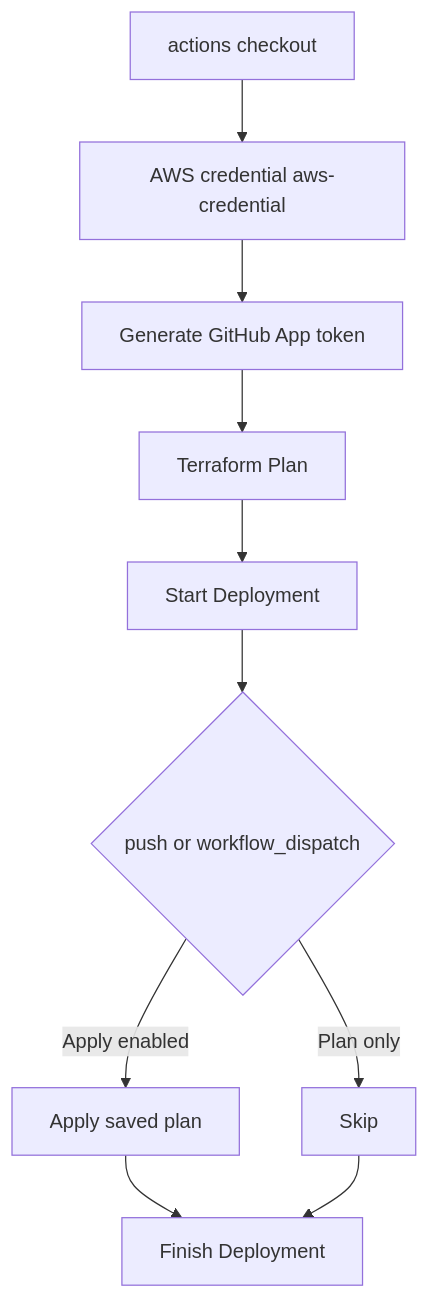
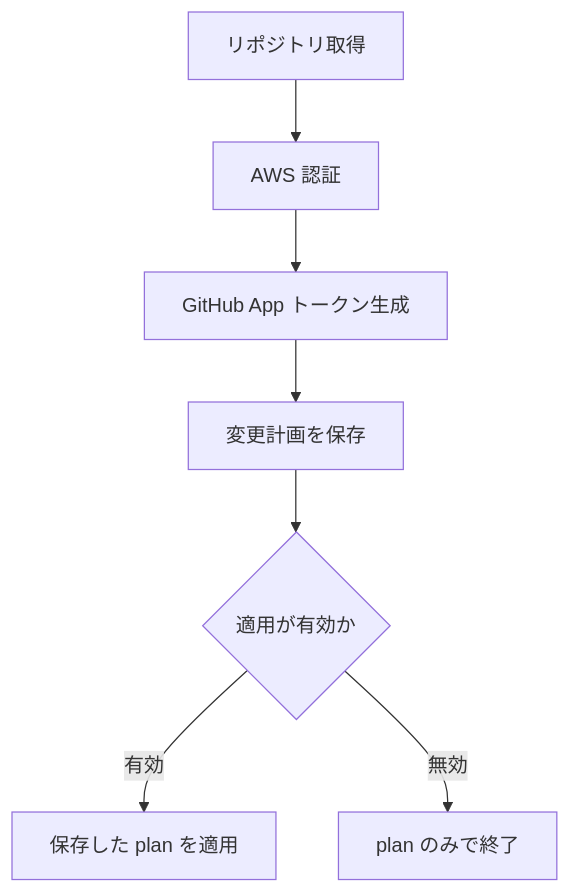
The diagram in README.md (tqer39/terraform-github), drawn with Mermaid before and after one commit. The commit also changed other lines of this file and 71 other files, not shown here.

````diff
--- a/README.md
+++ b/README.md
@@ -132,12 +153,9 @@
 ```mermaid
 graph TD
-  A[actions checkout] --> B[AWS credential aws-credential]
-  B --> C[Generate GitHub App token]
-  C --> D[Terraform Plan]
-  D --> E[Start Deployment]
-  E --> F{push or workflow_dispatch}
-  F -- Apply enabled --> G[Apply saved plan]
-  F -- Plan only --> H[Skip]
-  G --> I[Finish Deployment]
-  H --> I
+  A[リポジトリ取得] --> B[AWS 認証]
+  B --> C[GitHub App トークン生成]
+  C --> D[変更計画を保存]
+  D --> E{適用が有効か}
+  E -- 有効 --> F[保存した plan を適用]
+  E -- 無効 --> G[plan のみで終了]
 ```
````
